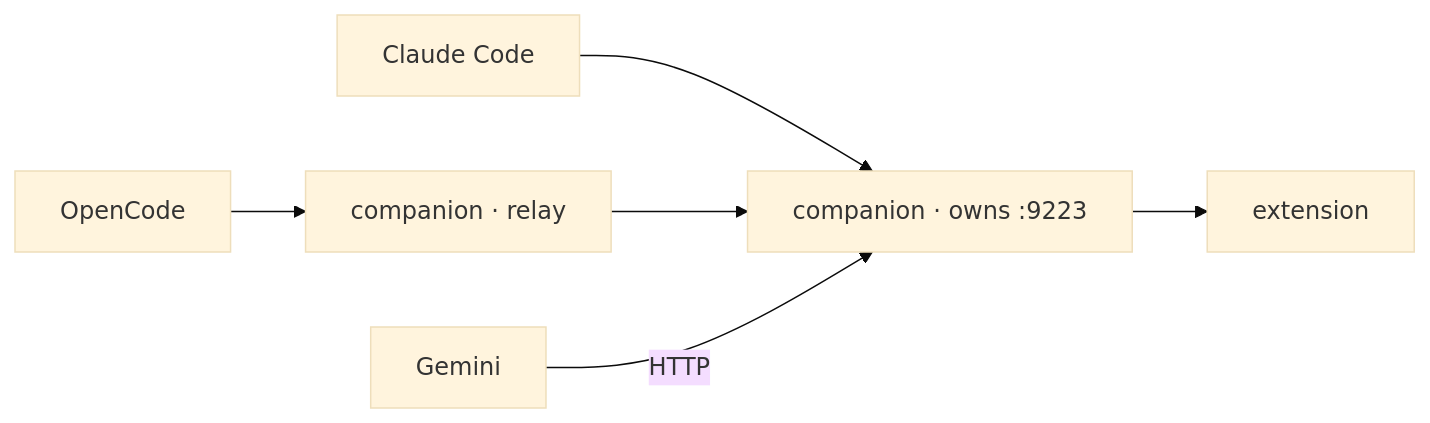
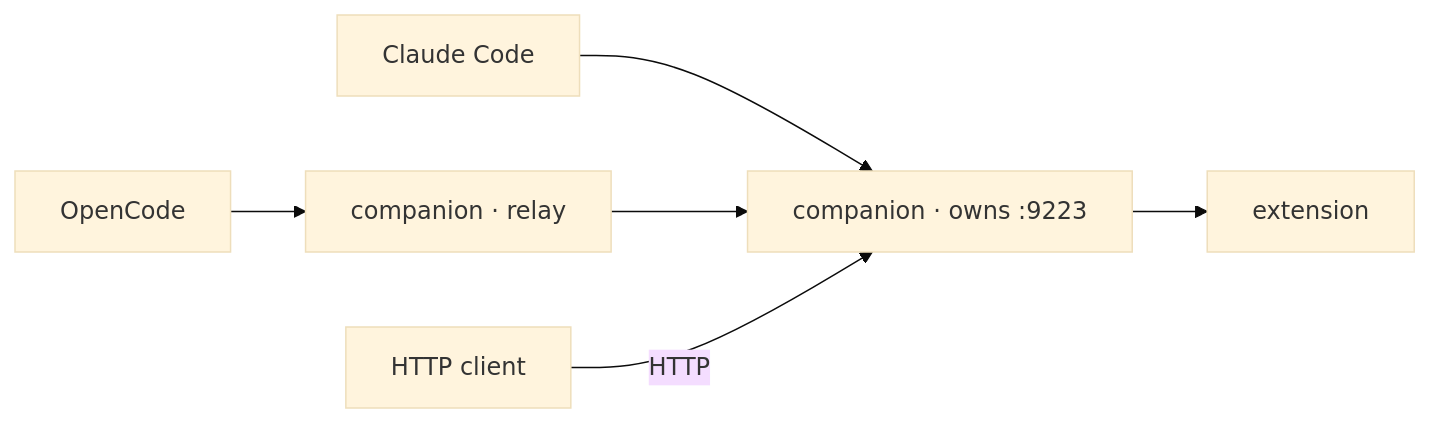
The diagram in docs/connect/multiple-agents.mdx (TUSHAR91316/browspark), drawn with Mermaid (base theme) before and after one commit. The commit also changed other lines of this file and 11 other files, not shown here.

Commit message:
docs: HTTP endpoint page without Gemini; drop Gemini mentions

````diff
--- a/docs/connect/multiple-agents.mdx
+++ b/docs/connect/multiple-agents.mdx
@@ -12,7 +12,7 @@
 ```mermaid
 flowchart LR
   A[Claude Code] --> C1[companion · owns :9223]
   B[OpenCode] --> C2[companion · relay] --> C1
-  G[Gemini] -- HTTP --> C1
+  G[HTTP client] -- HTTP --> C1
   C1 --> E[extension]
 ```
````
